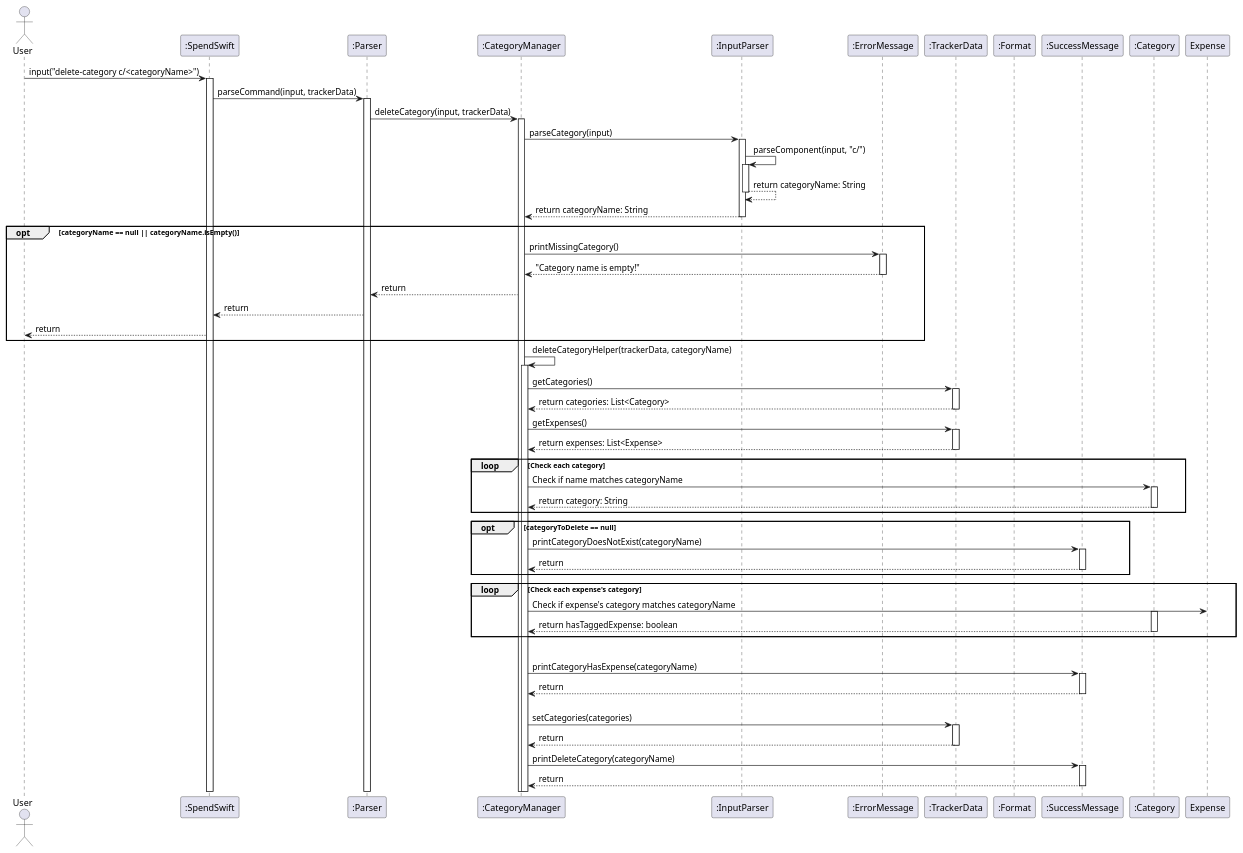
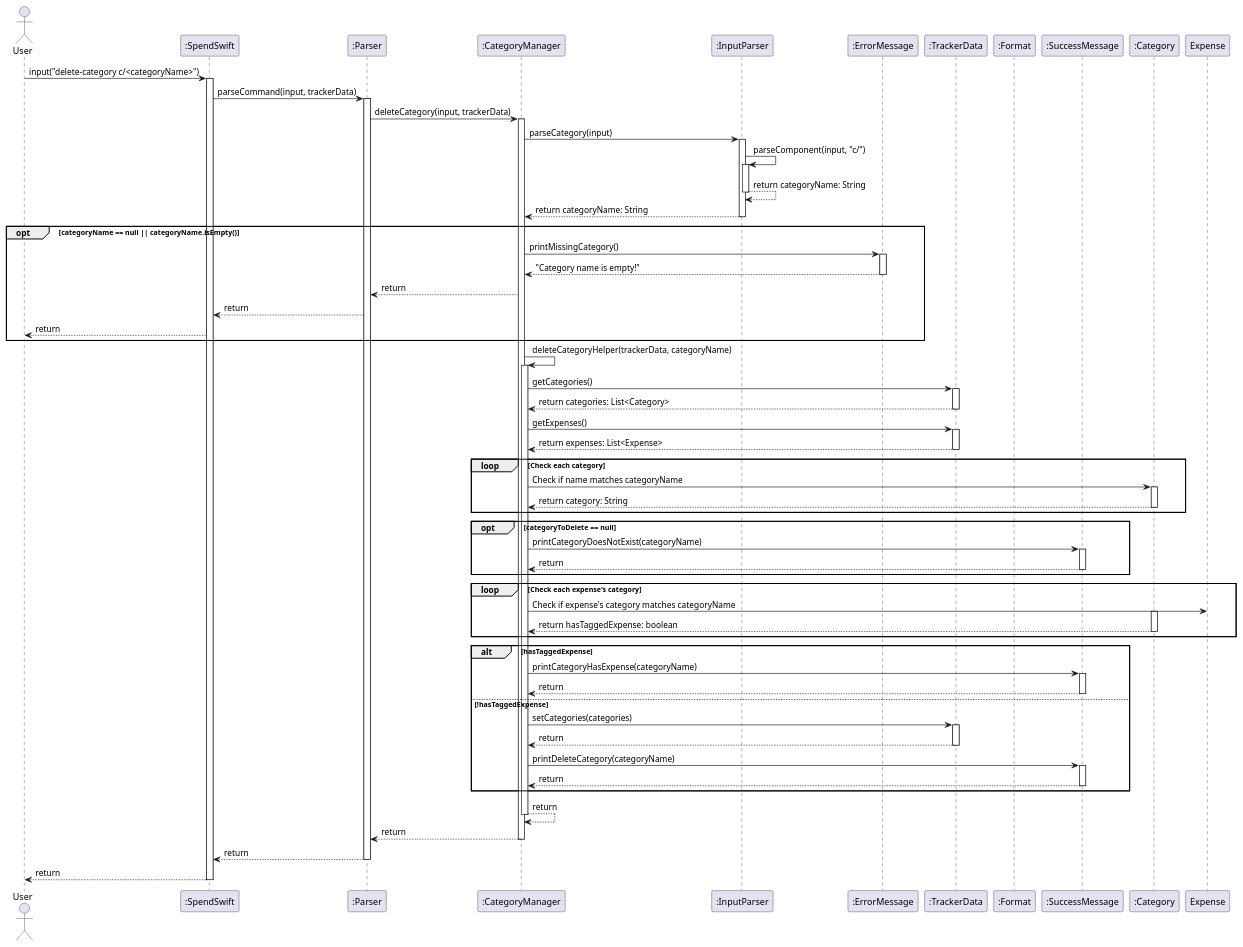
Before and after one commit to nus-cs2113-AY2425S1/tp: the diagram in docs/diagrams/DeleteCategory.puml, drawn with PlantUML. The commit also changed 9 other files, not shown here.

Commit message:
Refactor sequence diagrams for consistency

```diff
--- a/docs/diagrams/DeleteCategory.puml
+++ b/docs/diagrams/DeleteCategory.puml
@@ -1,92 +1,104 @@
 @startuml
 
 actor User
 participant ":SpendSwift" as SpendSwift
 participant ":Parser" as Parser
 participant ":CategoryManager" as CategoryManager
 participant ":InputParser" as InputParser
 participant ":ErrorMessage" as ErrorMessage
 participant ":TrackerData" as TrackerData
 participant ":Format" as Format
 participant ":SuccessMessage" as SuccessMessage
 participant ":Category" as Category
 
 User -> SpendSwift : input("delete-category c/<categoryName>")
 activate SpendSwift
 SpendSwift -> Parser : parseCommand(input, trackerData)
 
 activate Parser
 Parser -> CategoryManager : deleteCategory(input, trackerData)
 
 activate CategoryManager
 CategoryManager -> InputParser : parseCategory(input)
 
 activate InputParser
 InputParser -> InputParser : parseComponent(input, "c/")
 
     activate InputParser
     InputParser --> InputParser : return categoryName: String
     deactivate InputParser
 
 InputParser --> CategoryManager : return categoryName: String
 deactivate InputParser
 
 opt categoryName == null || categoryName.isEmpty()
     CategoryManager -> ErrorMessage : printMissingCategory()
     activate ErrorMessage
     ErrorMessage --> CategoryManager : "Category name is empty!"
     deactivate ErrorMessage
     CategoryManager --> Parser : return
     Parser --> SpendSwift : return
     SpendSwift --> User : return
 end
 
 CategoryManager -> CategoryManager : deleteCategoryHelper(trackerData, categoryName)
 activate CategoryManager
 CategoryManager -> TrackerData : getCategories()
 activate TrackerData
 TrackerData --> CategoryManager : return categories: List<Category>
 deactivate TrackerData
 CategoryManager -> TrackerData : getExpenses()
 activate TrackerData
 TrackerData --> CategoryManager : return expenses: List<Expense>
 deactivate TrackerData
 
 loop Check each category
     CategoryManager -> Category : Check if name matches categoryName
     activate Category
     Category --> CategoryManager : return category: String
     deactivate Category
 end
 
 opt categoryToDelete == null
 CategoryManager -> SuccessMessage : printCategoryDoesNotExist(categoryName)
 activate SuccessMessage
 SuccessMessage --> CategoryManager : return
 deactivate SuccessMessage
 end
 
 loop Check each expense's category
     CategoryManager -> Expense : Check if expense's category matches categoryName
     activate Category
     Category --> CategoryManager : return hasTaggedExpense: boolean
     deactivate Category
 end
 
 alt hasTaggedExpense
 CategoryManager -> SuccessMessage : printCategoryHasExpense(categoryName)
 activate SuccessMessage
 SuccessMessage --> CategoryManager : return
 deactivate SuccessMessage
 
 else !hasTaggedExpense
 CategoryManager -> TrackerData : setCategories(categories)
 activate TrackerData
 TrackerData --> CategoryManager : return
 deactivate TrackerData
 CategoryManager -> SuccessMessage : printDeleteCategory(categoryName)
 activate SuccessMessage
 SuccessMessage --> CategoryManager : return
 deactivate SuccessMessage
+end
 
+CategoryManager --> CategoryManager : return
+deactivate CategoryManager
+
+CategoryManager --> Parser : return
+deactivate CategoryManager
+
+Parser --> SpendSwift : return
+deactivate Parser
+
+SpendSwift --> User : return
+deactivate SpendSwift
 @enduml
```
